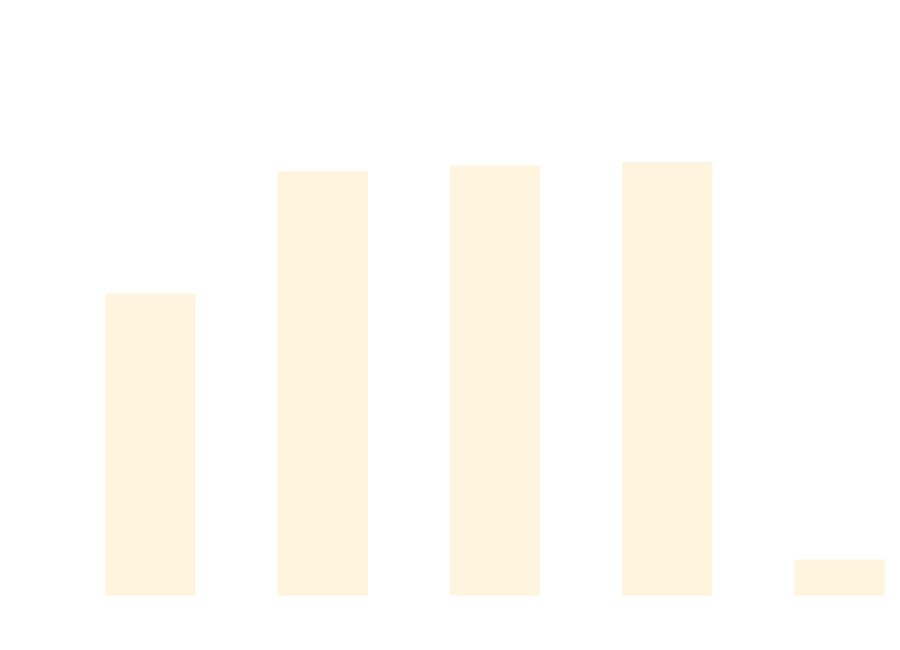
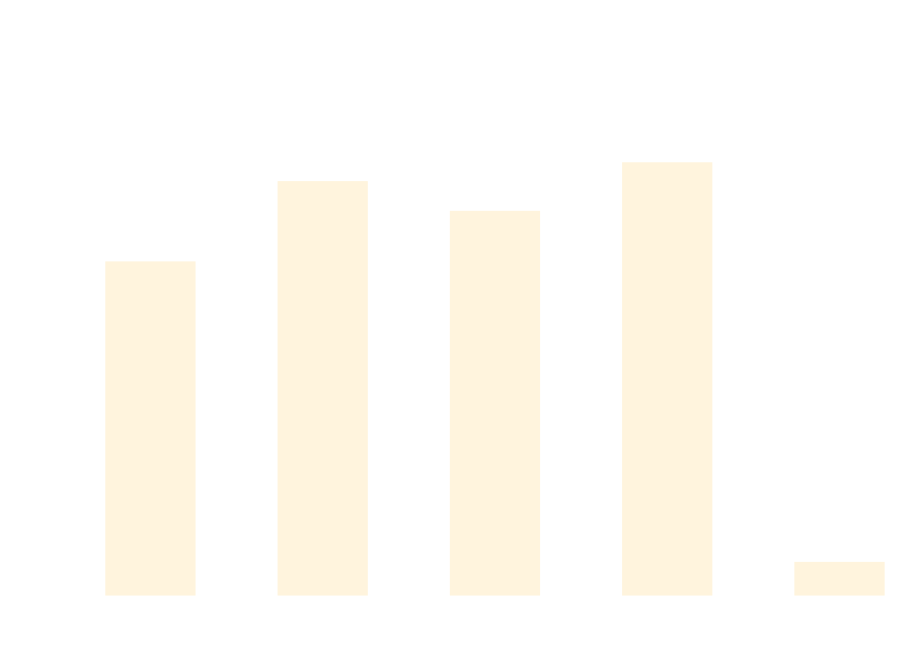
Before and after one commit to thomhurst/TUnit: the diagram in docs/docs/benchmarks/ScaleTests.md, drawn with Mermaid. The commit also changed other lines of this file and 17 other files, not shown here.

````diff
--- a/docs/docs/benchmarks/ScaleTests.md
+++ b/docs/docs/benchmarks/ScaleTests.md
@@ -27,37 +27,37 @@
 ```mermaid
 %%{init: {
   'theme':'base',
   'themeVariables': {
     'primaryColor': '#2563eb',
     'primaryTextColor': '#ffffff',
     'primaryBorderColor': '#1e40af',
     'lineColor': '#6b7280',
     'secondaryColor': '#7c3aed',
     'tertiaryColor': '#dc2626',
     'background': '#ffffff',
     'mainBkg': '#2563eb',
     'secondBkg': '#7c3aed',
     'tertiaryBkg': '#dc2626',
     'clusterBkg': '#f3f4f6',
     'edgeLabelBackground': '#ffffff',
     'tertiaryTextColor': '#1f2937',
     'pie1': '#2563eb',
     'pie2': '#7c3aed',
     'pie3': '#dc2626',
     'pie4': '#f59e0b',
     'pie5': '#10b981',
     'pie6': '#06b6d4',
     'pie7': '#ec4899',
     'pie8': '#6366f1',
     'pie9': '#84cc16',
     'pie10': '#f97316',
     'pie11': '#14b8a6',
     'pie12': '#a855f7'
   }
 }}%%
 xychart-beta
   title "ScaleTests Performance Comparison"
   x-axis ["TUnit", "NUnit", "MSTest", "xUnit3", "TUnit_AOT"]
-  y-axis "Time (ms)" 0 --> 778
-  bar [446.61, 633.69, 643.03, 648.13, 40.05]
+  y-axis "Time (ms)" 0 --> 762
+  bar [485.83, 606.07, 561.57, 634.29, 35.77]
 ```
````
